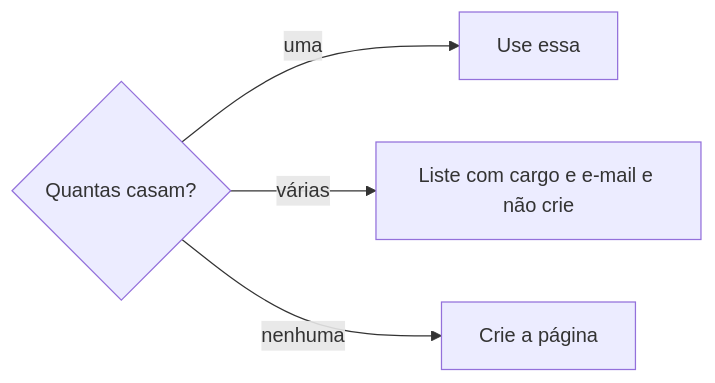
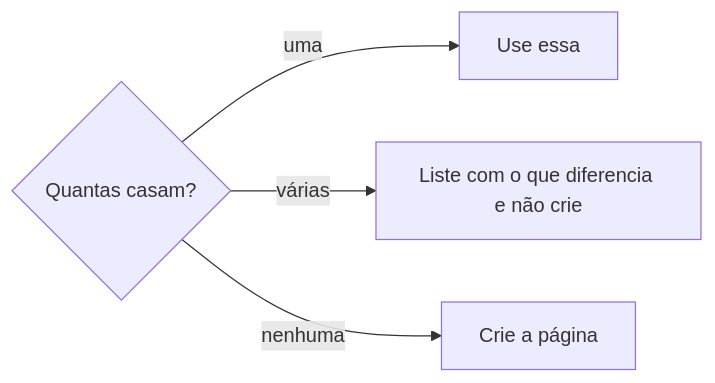
Before and after one commit to jimmyandrade/harness: the second of 3 diagrams in .agents/skills/definir-pessoa/SKILL.md, drawn with Mermaid. The commit also changed other lines of this file and 1 other file, not shown here.

````diff
--- a/.agents/skills/definir-pessoa/SKILL.md
+++ b/.agents/skills/definir-pessoa/SKILL.md
@@ -65,6 +64,6 @@
 ```mermaid
 flowchart LR
   B{Quantas casam?} -->|uma| U[Use essa]
-  B -->|várias| L[Liste com cargo e e-mail e não crie]
+  B -->|várias| L[Liste com o que diferencia e não crie]
   B -->|nenhuma| C[Crie a página]
 ```
````
